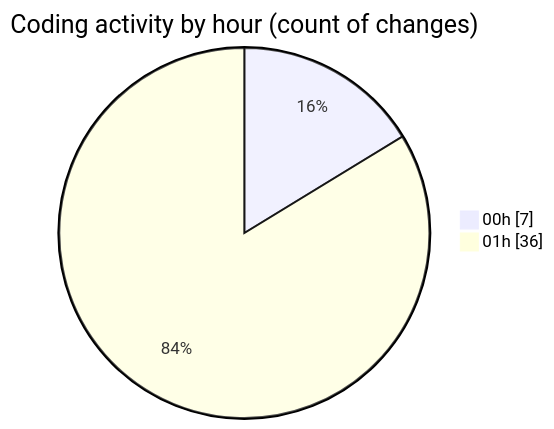
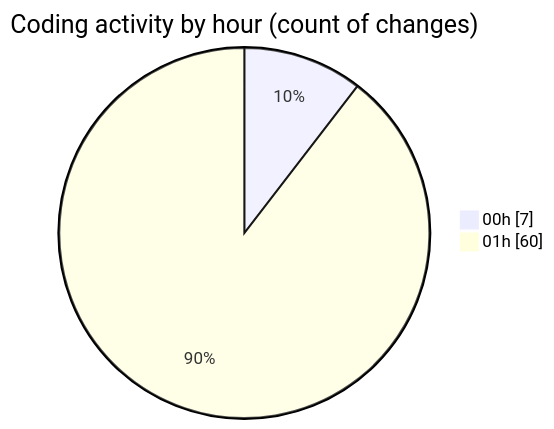
The second of 2 diagrams in 2025-10-07/eventscop-frontend-guide__workspace_/README.md (julien-gomy/code-tracking), drawn with Mermaid before and after one commit. The commit also changed other lines of this file and 1 other file, not shown here.

````diff
--- a/2025-10-07/eventscop-frontend-guide__workspace_/README.md
+++ b/2025-10-07/eventscop-frontend-guide__workspace_/README.md
@@ -53,6 +73,6 @@
 ```mermaid
 pie showData
 title Coding activity by hour (count of changes)
 "00h" : 7
-"01h" : 36
+"01h" : 60
 ```
````
